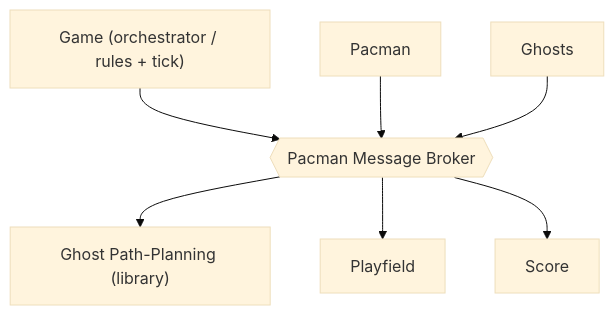
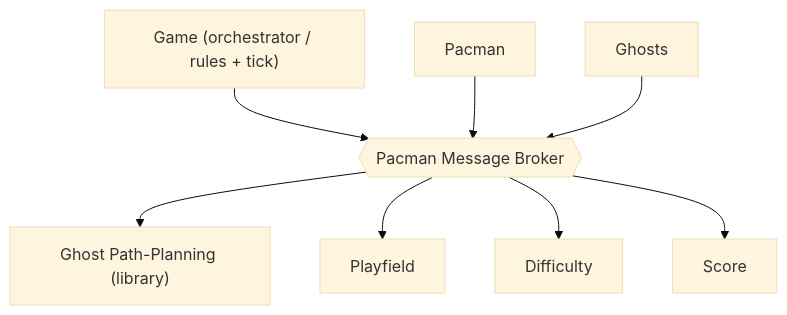
One commit to MaxLell/MicroPacControllerMan changed the second of 3 diagrams in Docu/PrePlanning/03-Architecture.md. Above: the diagram before and after it, drawn with Mermaid (base theme). The commit also changed other lines of this file and 29 other files, not shown here.

````diff
--- a/Docu/PrePlanning/03-Architecture.md
+++ b/Docu/PrePlanning/03-Architecture.md
@@ -149,16 +150,18 @@
 ```mermaid
 flowchart TB
     GAMEROOT["Game (orchestrator / rules + tick)"]
     PAC["Pacman"]
     GH[Ghosts]
     PBUS{{"Pacman Message Broker"}}
     PATH["Ghost Path-Planning (library)"]
     FIELD[Playfield]
+    DIFF[Difficulty]
     SCORE[Score]
     GAMEROOT --> PBUS
     PAC --> PBUS
     GH --> PBUS
     PBUS --> PATH
     PBUS --> FIELD
+    PBUS --> DIFF
     PBUS --> SCORE
 ```
````
